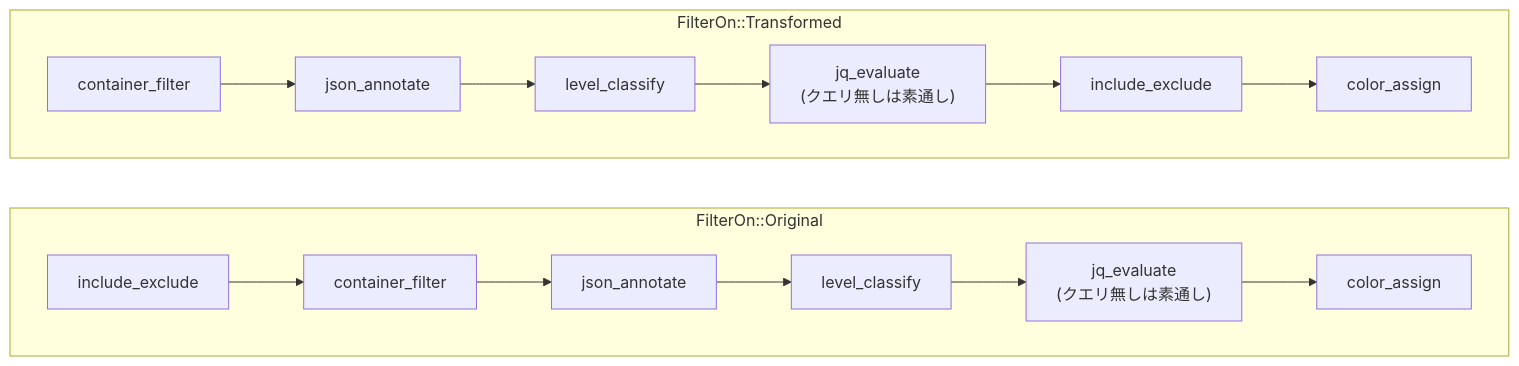
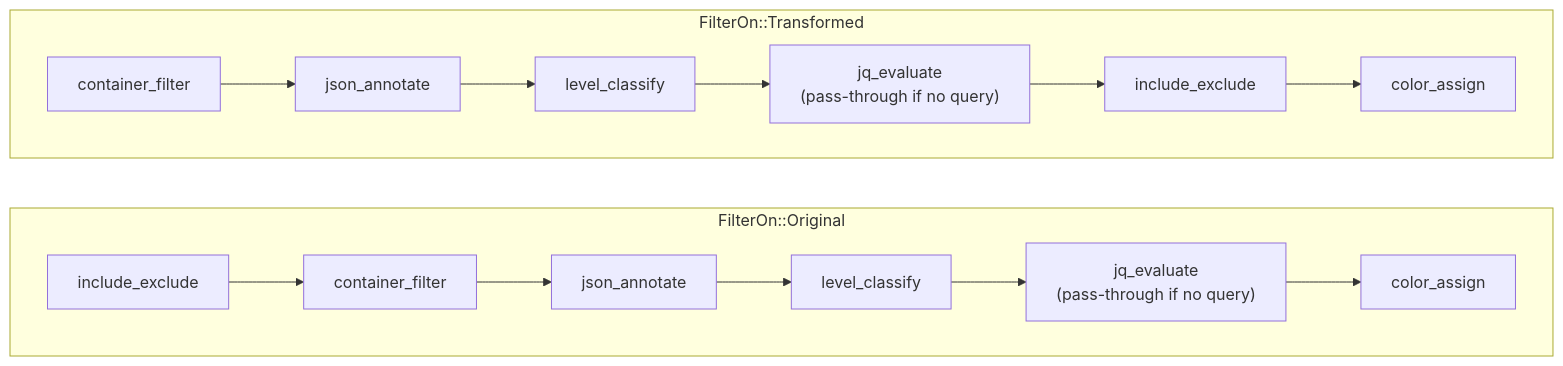
Before and after one commit to daisuke8000/rustern: the second of 5 diagrams in crates/rustern-core/README.md, drawn with Mermaid. The commit also changed other lines of this file and 20 other files, not shown here.

````diff
--- a/crates/rustern-core/README.md
+++ b/crates/rustern-core/README.md
@@ -130,20 +130,20 @@
 ```mermaid
 flowchart LR
     subgraph Branch1 [FilterOn::Original]
         direction LR
         O1[include_exclude] --> O2[container_filter]
         O2 --> O3[json_annotate]
         O3 --> O4[level_classify]
-        O4 --> O5["jq_evaluate<br/>(クエリ無しは素通し)"]
+        O4 --> O5["jq_evaluate<br/>(pass-through if no query)"]
         O5 --> O6[color_assign]
     end
 
     subgraph Branch2 [FilterOn::Transformed]
         direction LR
         T1[container_filter] --> T2[json_annotate]
         T2 --> T3[level_classify]
-        T3 --> T4["jq_evaluate<br/>(クエリ無しは素通し)"]
+        T3 --> T4["jq_evaluate<br/>(pass-through if no query)"]
         T4 --> T5[include_exclude]
         T5 --> T6[color_assign]
     end
 ```
````
